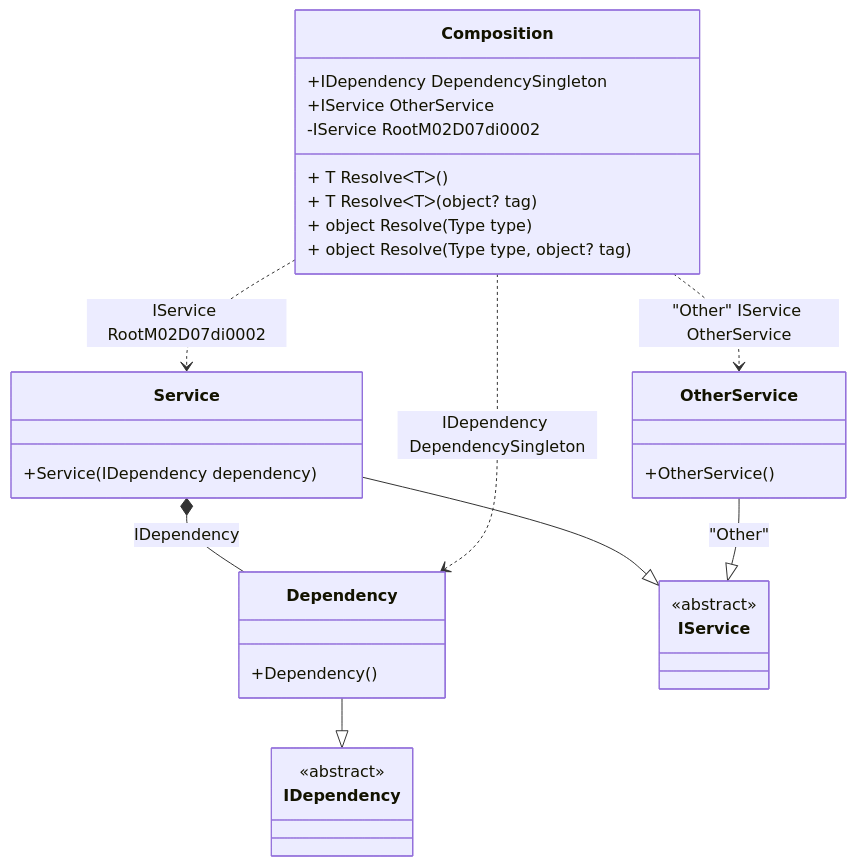
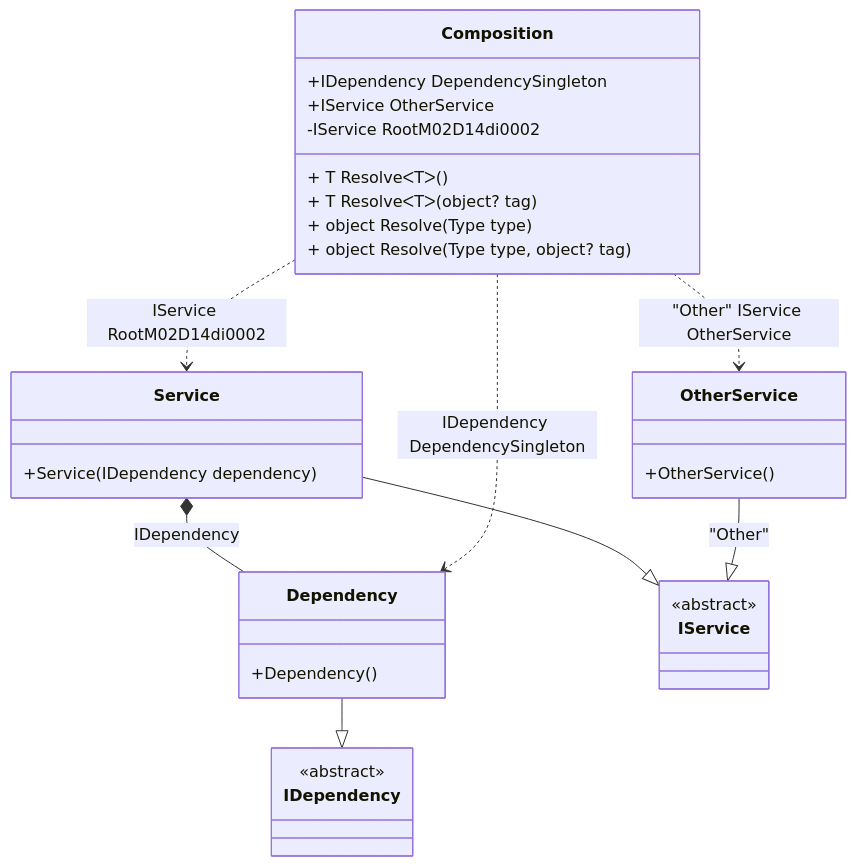
The diagram in readme/resolve-methods.md (DevTeam/Pure.DI), drawn with Mermaid before and after one commit. The commit also changed other lines of this file and 80 other files, not shown here.

````diff
--- a/readme/resolve-methods.md
+++ b/readme/resolve-methods.md
@@ -43,34 +45,34 @@
 ```mermaid
 classDiagram
   class Composition {
     +IDependency DependencySingleton
     +IService OtherService
-    -IService RootM02D07di0002
+    -IService RootM02D14di0002
     + T ResolveᐸTᐳ()
     + T ResolveᐸTᐳ(object? tag)
     + object Resolve(Type type)
     + object Resolve(Type type, object? tag)
   }
   Dependency --|> IDependency : 
   class Dependency {
     +Dependency()
   }
   Service --|> IService : 
   class Service {
     +Service(IDependency dependency)
   }
   OtherService --|> IService : "Other" 
   class OtherService {
     +OtherService()
   }
   class IDependency {
     <<abstract>>
   }
   class IService {
     <<abstract>>
   }
   Service *--  Dependency : IDependency
   Composition ..> Dependency : IDependency DependencySingleton
-  Composition ..> Service : IService RootM02D07di0002
+  Composition ..> Service : IService RootM02D14di0002
   Composition ..> OtherService : "Other" IService OtherService
 ```
````
